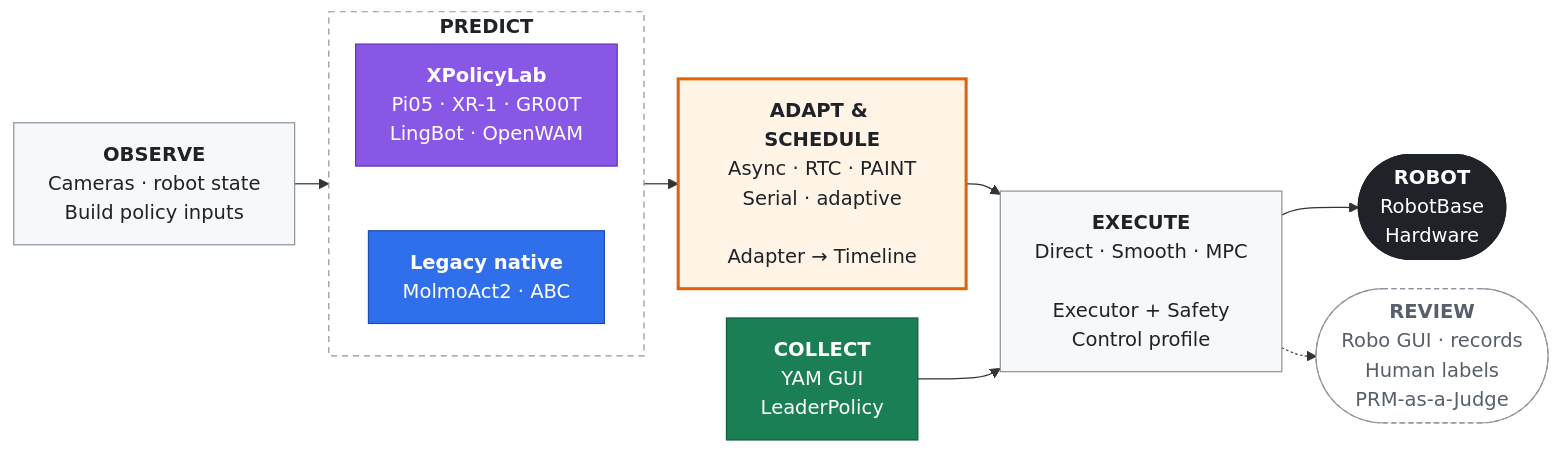
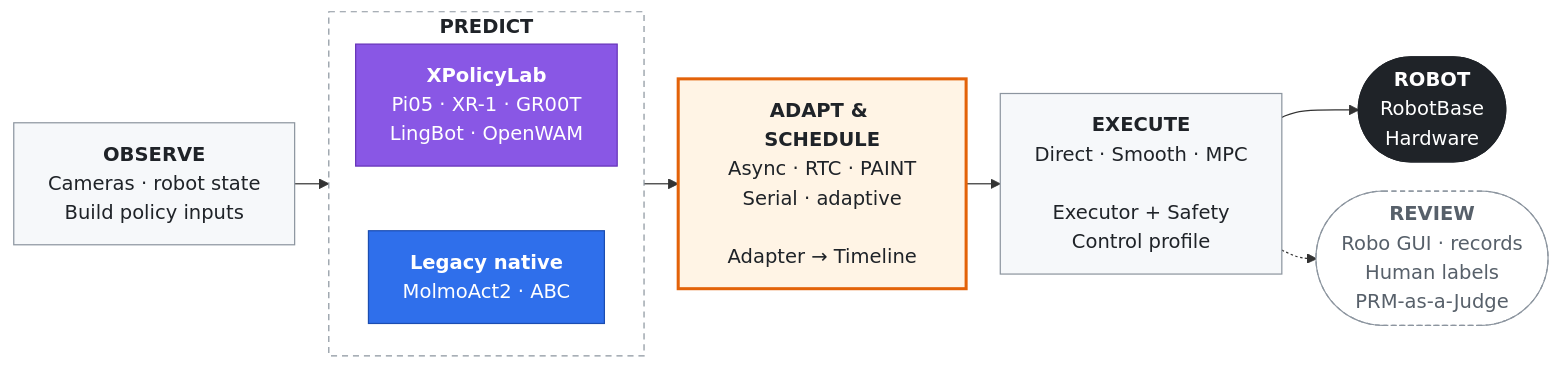
One commit to SII-LiuLab/manimux changed the diagram in README.md. Above: the diagram before and after it, drawn with Mermaid. The commit also changed other lines of this file and 333 other files, not shown here.

````diff
--- a/README.md
+++ b/README.md
@@ -104,31 +98,28 @@
 ```mermaid
 %%{init: {"flowchart": {"wrappingWidth": 180, "curve": "basis", "nodeSpacing": 24, "rankSpacing": 28, "padding": 14}}}%%
 flowchart LR
     OBS["<b>OBSERVE</b><br/>Cameras · robot state<br/>Build policy inputs"]:::stage
 
     subgraph THINK["<b>PREDICT</b>"]
         direction TB
         XPOLICY["<b>XPolicyLab</b><br/>Pi05 · XR-1 · GR00T<br/>LingBot · OpenWAM"]:::xpolicy
         NATIVE["<b>Legacy native</b><br/>MolmoAct2 · ABC"]:::native
         XPOLICY ~~~ NATIVE
     end
 
     PLAN["<b>ADAPT & SCHEDULE</b><br/>Async · RTC · PAINT<br/>Serial · adaptive<br/><br/>Adapter → Timeline"]:::handoff
     ACT["<b>EXECUTE</b><br/>Direct · Smooth · MPC<br/><br/>Executor + Safety<br/>Control profile"]:::stage
     ROBOT(["<b>ROBOT</b><br/>RobotBase<br/>Hardware"]):::robot
-    TELEOP["<b>COLLECT</b><br/>YAM GUI<br/>LeaderPolicy"]:::collection
     REVIEW(["<b>REVIEW</b><br/>Robo GUI · records<br/>Human labels<br/>PRM-as-a-Judge"]):::side
 
     OBS --> THINK --> PLAN --> ACT --> ROBOT
-    TELEOP --> ACT
     ACT -.-> REVIEW
 
     classDef stage fill:#F6F8FA,stroke:#8C959F,stroke-width:1px,color:#1F2328
     classDef handoff fill:#FFF4E5,stroke:#E36209,stroke-width:2.5px,color:#1F2328
     classDef side fill:#FFFFFF,stroke:#8C959F,stroke-dasharray:4 3,color:#57606A
     classDef robot fill:#1F2328,stroke:#1F2328,color:#FFFFFF
     classDef xpolicy fill:#8957E5,stroke:#6633B8,color:#FFFFFF
     classDef native fill:#2F6FEB,stroke:#1B4DB1,color:#FFFFFF
-    classDef collection fill:#1A7F55,stroke:#125C3D,color:#FFFFFF
     style THINK fill:#FFFFFF,stroke:#8C959F,stroke-dasharray:5 4,color:#1F2328
 ```
````
